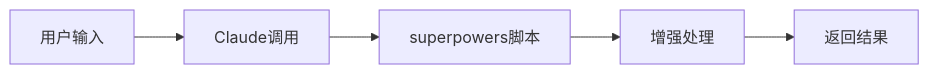
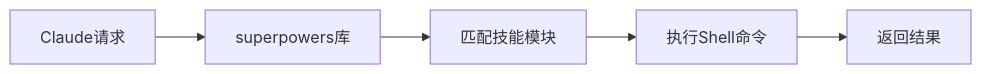
One commit to wayyoungboy/github-trending-reporter changed the first of 11 diagrams in reports/2026/01/2026-01-12.md. Above: the diagram before and after it, drawn with Mermaid. The commit also changed other lines of this file and 1 other file, not shown here.

````diff
--- a/reports/2026/01/2026-01-12.md
+++ b/reports/2026/01/2026-01-12.md
@@ -62,7 +62,7 @@
 ```mermaid
 graph LR
-    A[用户输入] --> B[Claude调用]
-    B --> C[superpowers脚本]
-    C --> D[增强处理]
+    A[Claude请求] --> B[superpowers库]
+    B --> C[匹配技能模块]
+    C --> D[执行Shell命令]
     D --> E[返回结果]
 ```
````
